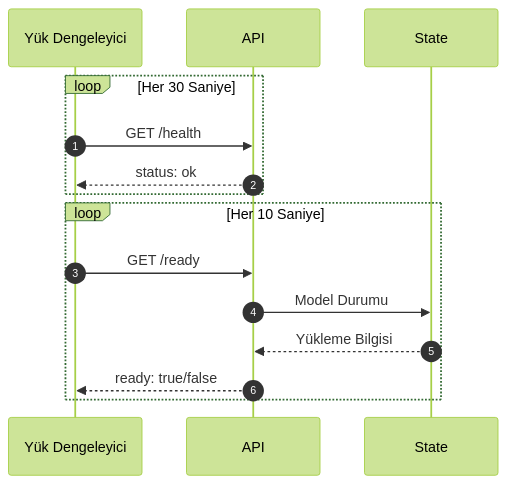
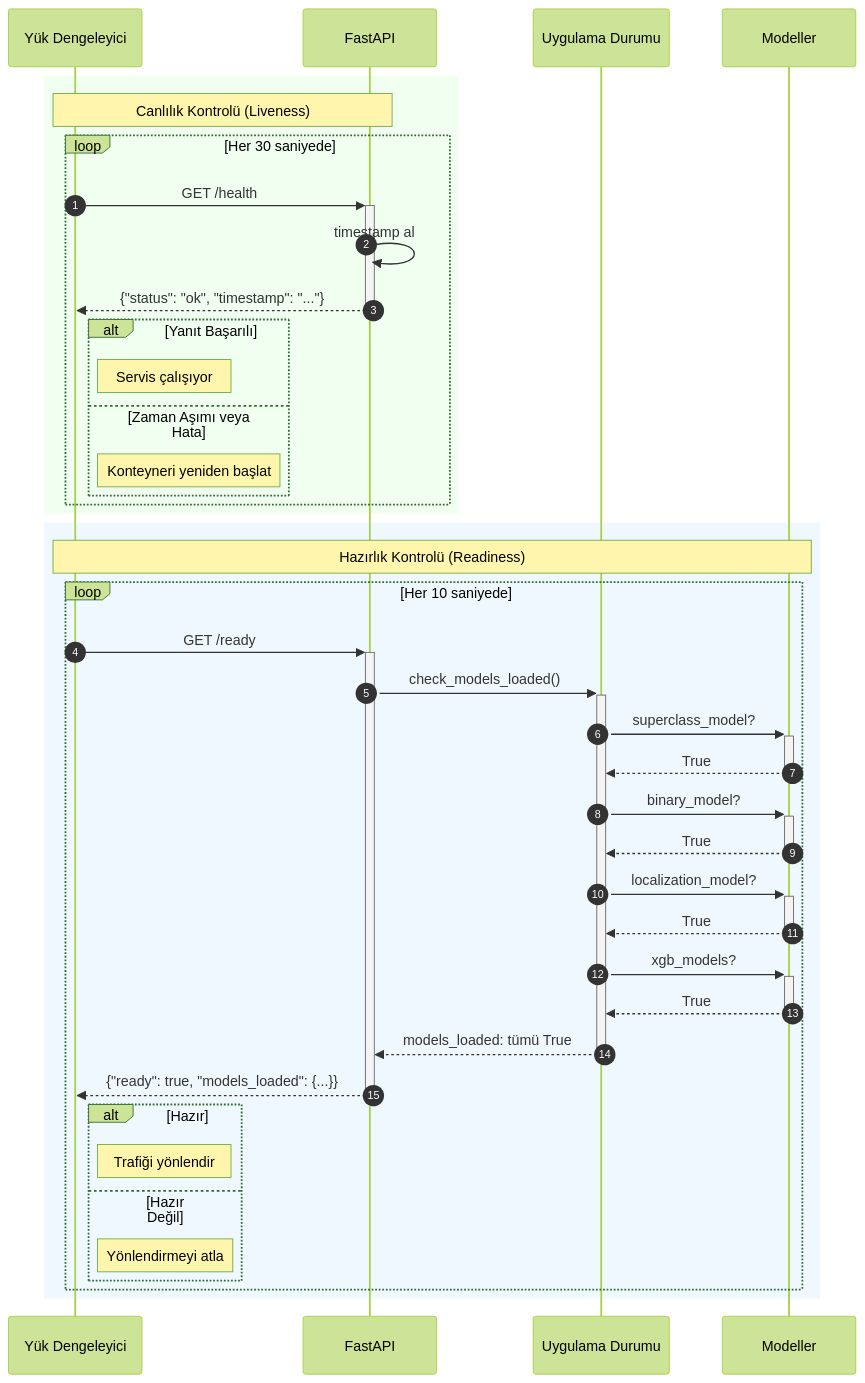
One commit to mUsaulug/CardioGuard-AI changed the sixth of 9 diagrams in docs/diagrams/06_sequence_diagram.md. Above: the diagram before and after it, drawn with Mermaid (forest theme). The commit also changed other lines of this file and 3 other files, not shown here.

````diff
--- a/docs/diagrams/06_sequence_diagram.md
+++ b/docs/diagrams/06_sequence_diagram.md
@@ -173,19 +309,49 @@
 ```mermaid
 sequenceDiagram
     autonumber
     participant LB as Yük Dengeleyici
-    participant API
-    participant State
+    participant API as FastAPI
+    participant State as Uygulama Durumu
+    participant Models as Modeller
     
-    loop Her 30 Saniye
-        LB->>API: GET /health
-        API-->>LB: status: ok
+    rect rgb(240, 255, 240)
+        Note over LB, API: Canlılık Kontrolü (Liveness)
+        loop Her 30 saniyede
+            LB->>+API: GET /health
+            API->>API: timestamp al
+            API-->>-LB: {"status": "ok", "timestamp": "..."}
+            
+            alt Yanıt Başarılı
+                Note right of LB: Servis çalışıyor
+            else Zaman Aşımı veya Hata
+                Note right of LB: Konteyneri yeniden başlat
+            end
+        end
     end
     
-    loop Her 10 Saniye
-        LB->>API: GET /ready
-        API->>State: Model Durumu
-        State-->>API: Yükleme Bilgisi
-        API-->>LB: ready: true/false
+    rect rgb(240, 248, 255)
+        Note over LB, Models: Hazırlık Kontrolü (Readiness)
+        loop Her 10 saniyede
+            LB->>+API: GET /ready
+            
+            API->>+State: check_models_loaded()
+            State->>+Models: superclass_model?
+            Models-->>-State: True
+            State->>+Models: binary_model?
+            Models-->>-State: True
+            State->>+Models: localization_model?
+            Models-->>-State: True
+            State->>+Models: xgb_models?
+            Models-->>-State: True
+            State-->>-API: models_loaded: tümü True
+            
+            API-->>-LB: {"ready": true, "models_loaded": {...}}
+            
+            alt Hazır
+                Note right of LB: Trafiği yönlendir
+            else Hazır Değil
+                Note right of LB: Yönlendirmeyi atla
+            end
+        end
     end
 ```
````
